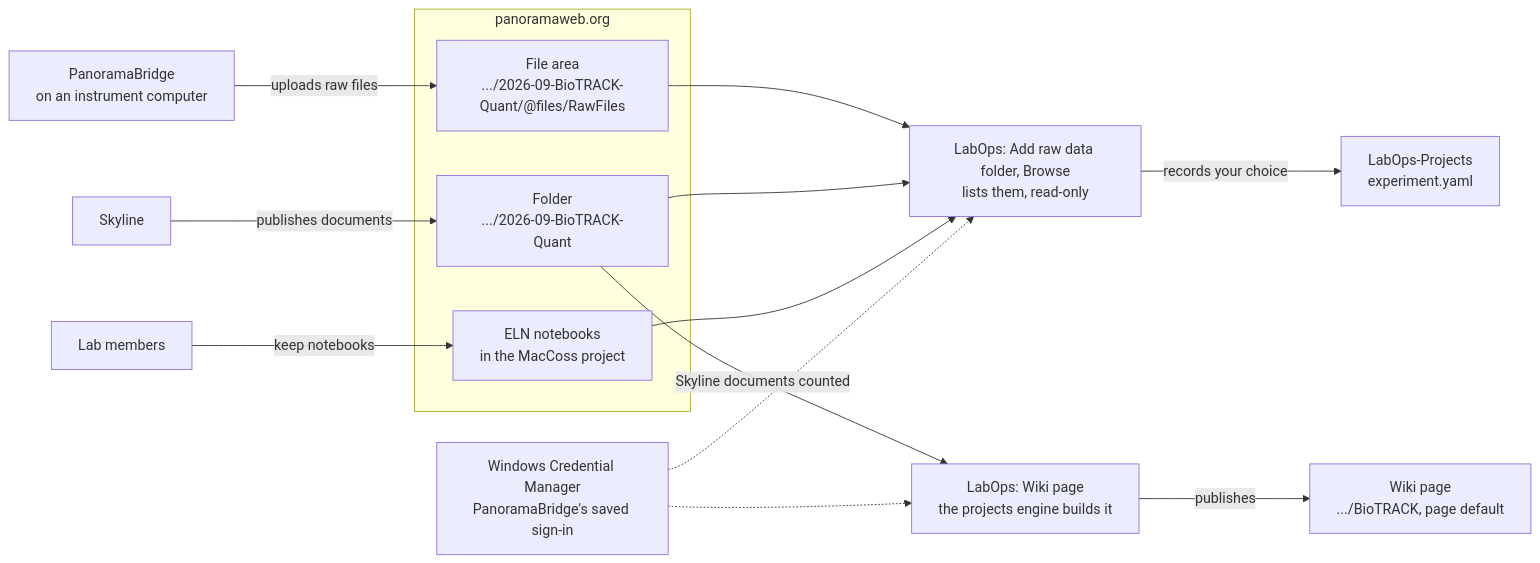
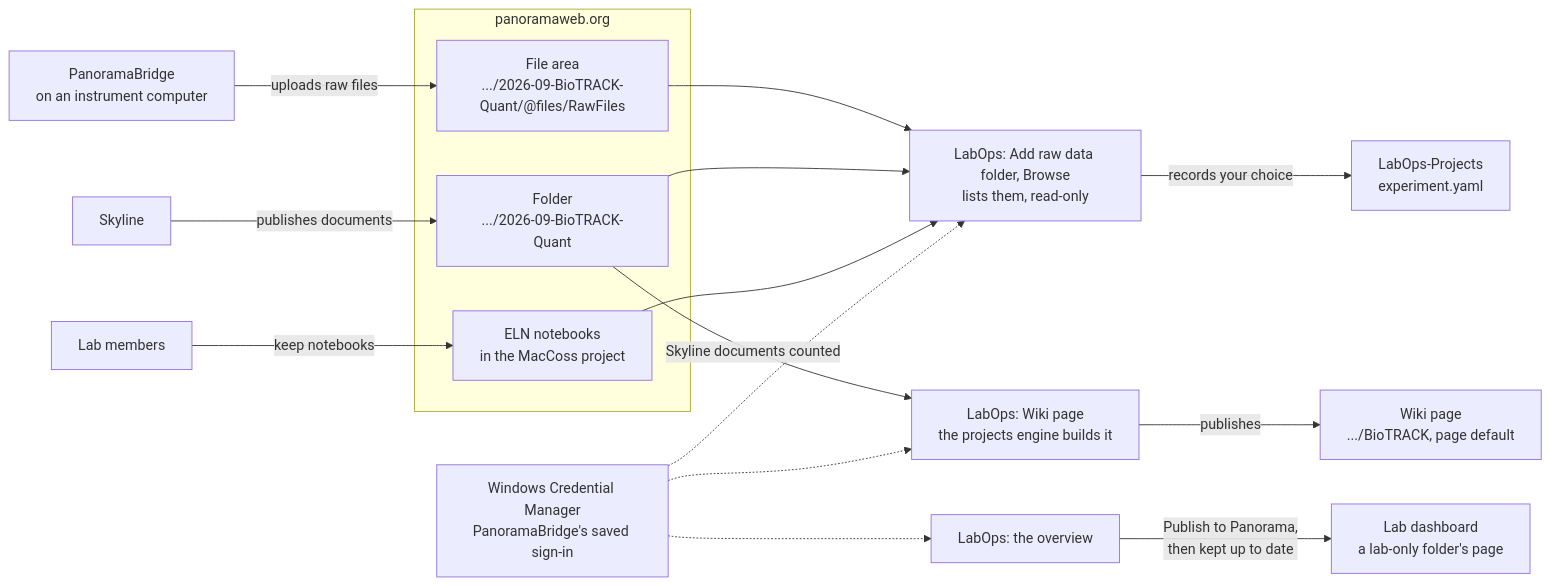
One commit to uw-maccosslab/LabOps changed the second of 6 diagrams in docs/architecture.md. Above: the diagram before and after it, drawn with Mermaid. The commit also changed other lines of this file and 4 other files, not shown here.

First line of the commit message:
Docs: what LabOps does, the three engines, and updated diagrams

````diff
--- a/docs/architecture.md
+++ b/docs/architecture.md
@@ -69,19 +72,21 @@
 ```mermaid
 flowchart LR
     bridge["PanoramaBridge<br/>on an instrument computer"] -->|"uploads raw files"| rawFiles
     skyline["Skyline"] -->|"publishes documents"| folder
     people["Lab members"] -->|"keep notebooks"| eln
     subgraph panoramaSite["panoramaweb.org"]
         rawFiles["File area<br/>.../2026-09-BioTRACK-Quant/@files/RawFiles"]
         folder["Folder<br/>.../2026-09-BioTRACK-Quant"]
         eln["ELN notebooks<br/>in the MacCoss project"]
     end
     rawFiles --> browse["LabOps: Add raw data folder, Browse<br/>lists them, read-only"]
     folder --> browse
     eln --> browse
     creds["Windows Credential Manager<br/>PanoramaBridge's saved sign-in"] -.-> browse
     browse -->|"records your choice"| experiment["LabOps-Projects<br/>experiment.yaml"]
     folder -->|"Skyline documents counted"| wikiBuild["LabOps: Wiki page<br/>the projects engine builds it"]
     wikiBuild -->|"publishes"| wikiPage["Wiki page<br/>.../BioTRACK, page default"]
     creds -.-> wikiBuild
+    overview["LabOps: the overview"] -->|"Publish to Panorama,<br/>then kept up to date"| dashboard["Lab dashboard<br/>a lab-only folder's page"]
+    creds -.-> overview
 ```
````
